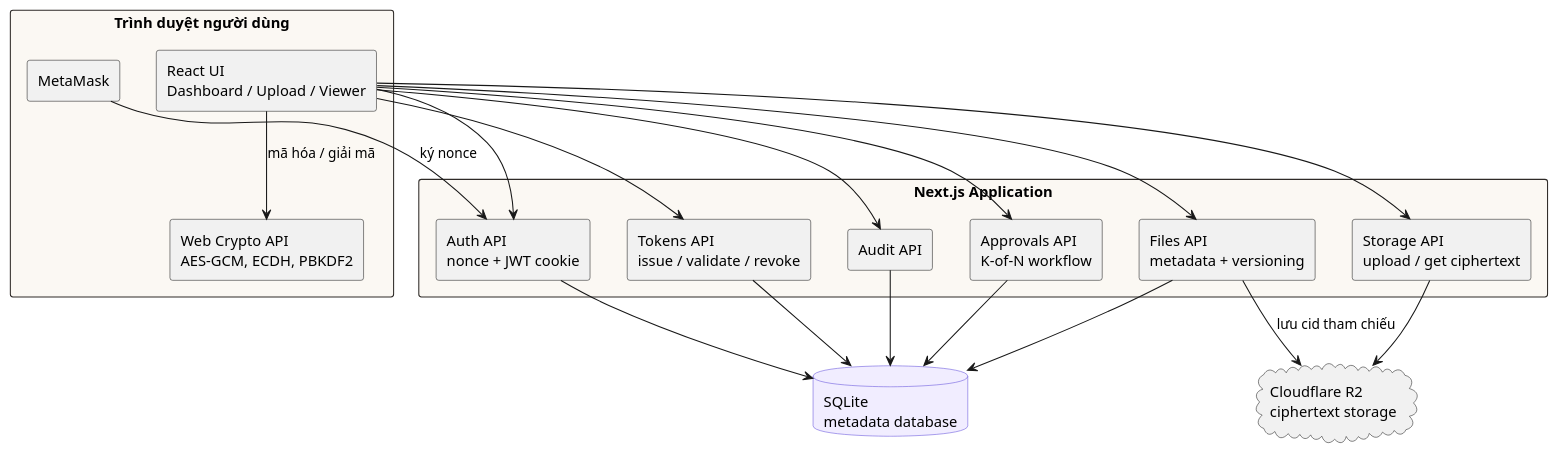
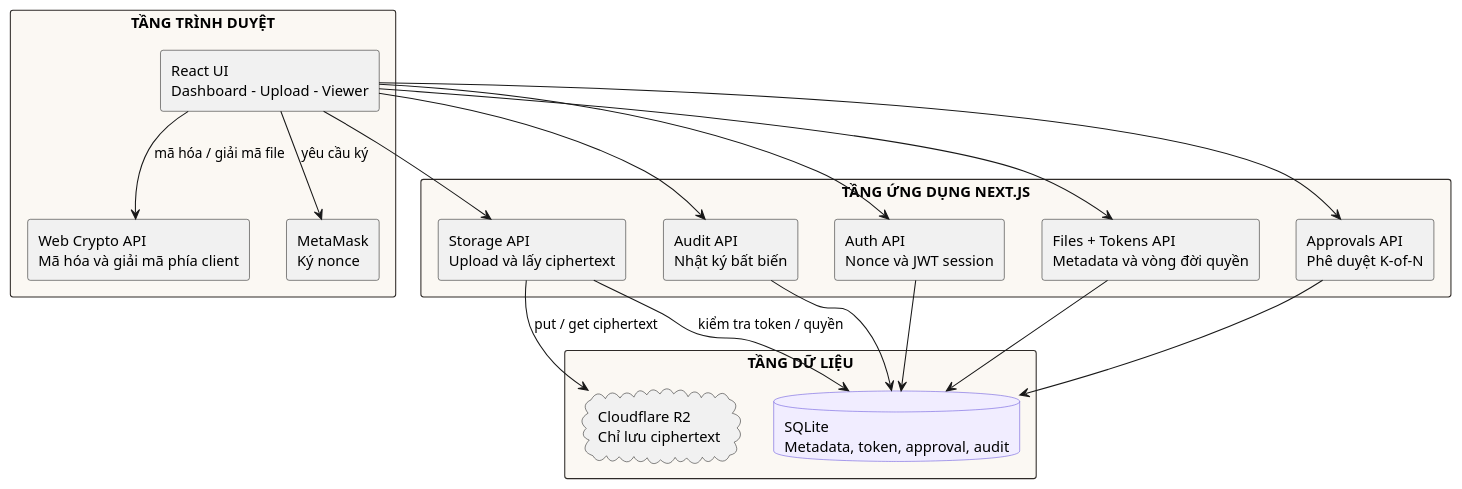
Before and after one commit to Poicitaco/WEB3demo: the diagram in report/report_latex/diagrams/architecture.puml, drawn with PlantUML. The commit also changed 11 other files, not shown here.

Commit message:
docs(report): correct diagrams and academic cover

```diff
--- a/report/report_latex/diagrams/architecture.puml
+++ b/report/report_latex/diagrams/architecture.puml
@@ -1,48 +1,48 @@
 @startuml
 skinparam defaultFontName "TeX Gyre Termes"
 skinparam shadowing false
 skinparam componentStyle rectangle
+top to bottom direction
 skinparam rectangle {
   BackgroundColor #FBF8F3
   BorderColor #2E2A27
 }
 skinparam database {
   BackgroundColor #F1EDFF
   BorderColor #5F4BDB
 }
 
-rectangle "Trình duyệt người dùng" as Browser {
-  component "MetaMask" as MM
-  component "React UI\nDashboard / Upload / Viewer" as UI
-  component "Web Crypto API\nAES-GCM, ECDH, PBKDF2" as Crypto
+rectangle "TẦNG TRÌNH DUYỆT" as Browser {
+  component "React UI\nDashboard - Upload - Viewer" as UI
+  component "MetaMask\nKý nonce" as MM
+  component "Web Crypto API\nMã hóa và giải mã phía client" as Crypto
 }
 
-rectangle "Next.js Application" as App {
-  component "Auth API\nnonce + JWT cookie" as Auth
-  component "Files API\nmetadata + versioning" as Files
-  component "Tokens API\nissue / validate / revoke" as Tokens
-  component "Approvals API\nK-of-N workflow" as Approvals
-  component "Storage API\nupload / get ciphertext" as StorageAPI
-  component "Audit API" as Audit
+rectangle "TẦNG ỨNG DỤNG NEXT.JS" as App {
+  component "Auth API\nNonce và JWT session" as Auth
+  component "Files + Tokens API\nMetadata và vòng đời quyền" as Files
+  component "Approvals API\nPhê duyệt K-of-N" as Approvals
+  component "Storage API\nUpload và lấy ciphertext" as StorageAPI
+  component "Audit API\nNhật ký bất biến" as Audit
 }
 
-database "SQLite\nmetadata database" as DB
-cloud "Cloudflare R2\nciphertext storage" as R2
+rectangle "TẦNG DỮ LIỆU" as Data {
+  database "SQLite\nMetadata, token, approval, audit" as DB
+  cloud "Cloudflare R2\nChỉ lưu ciphertext" as R2
+}
 
-MM --> Auth : ký nonce
-UI --> Crypto : mã hóa / giải mã
+UI --> MM : yêu cầu ký
+UI --> Crypto : mã hóa / giải mã file
 UI --> Auth
 UI --> Files
-UI --> Tokens
 UI --> Approvals
 UI --> StorageAPI
 UI --> Audit
 
 Auth --> DB
 Files --> DB
-Tokens --> DB
 Approvals --> DB
 Audit --> DB
-StorageAPI --> R2
-Files --> R2 : lưu cid tham chiếu
+StorageAPI --> DB : kiểm tra token / quyền
+StorageAPI --> R2 : put / get ciphertext
 @enduml
```
